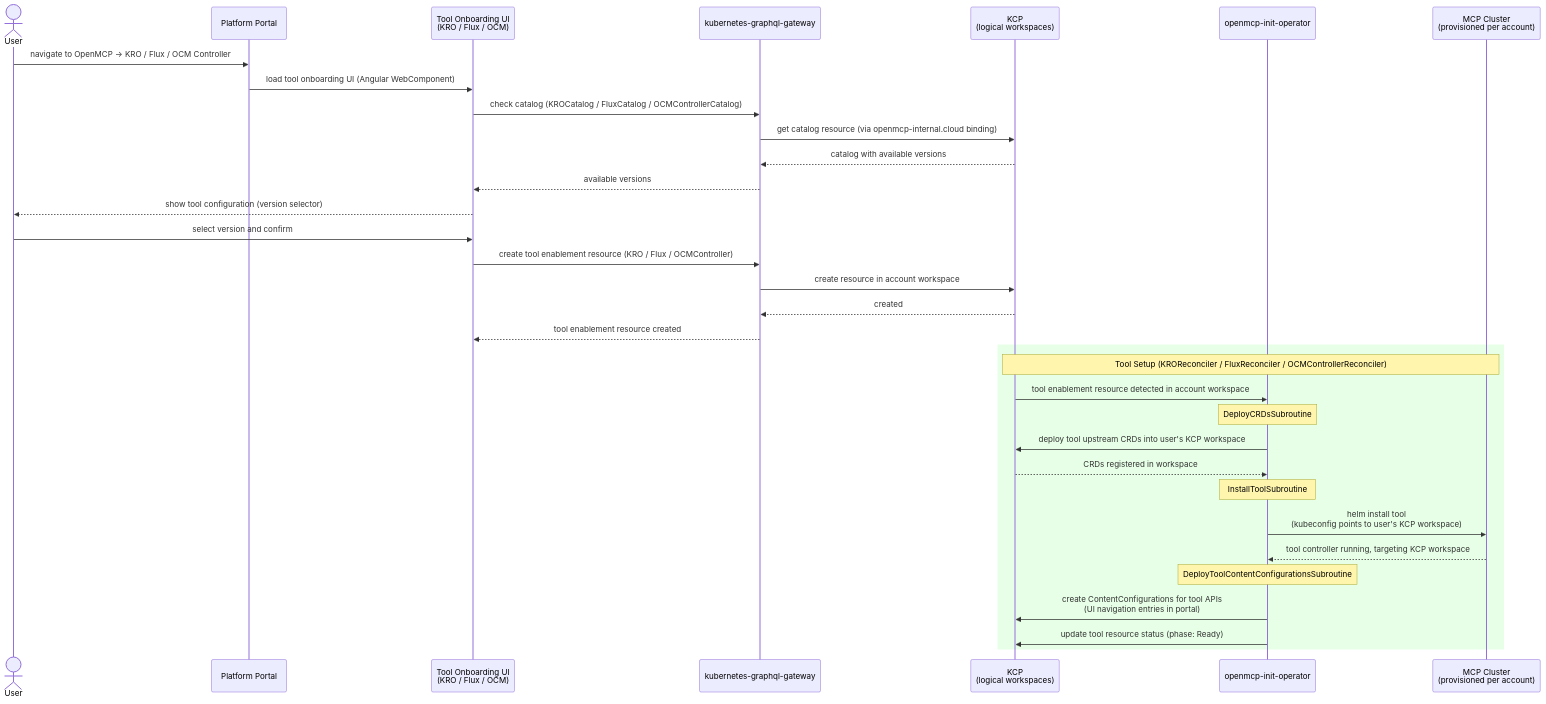
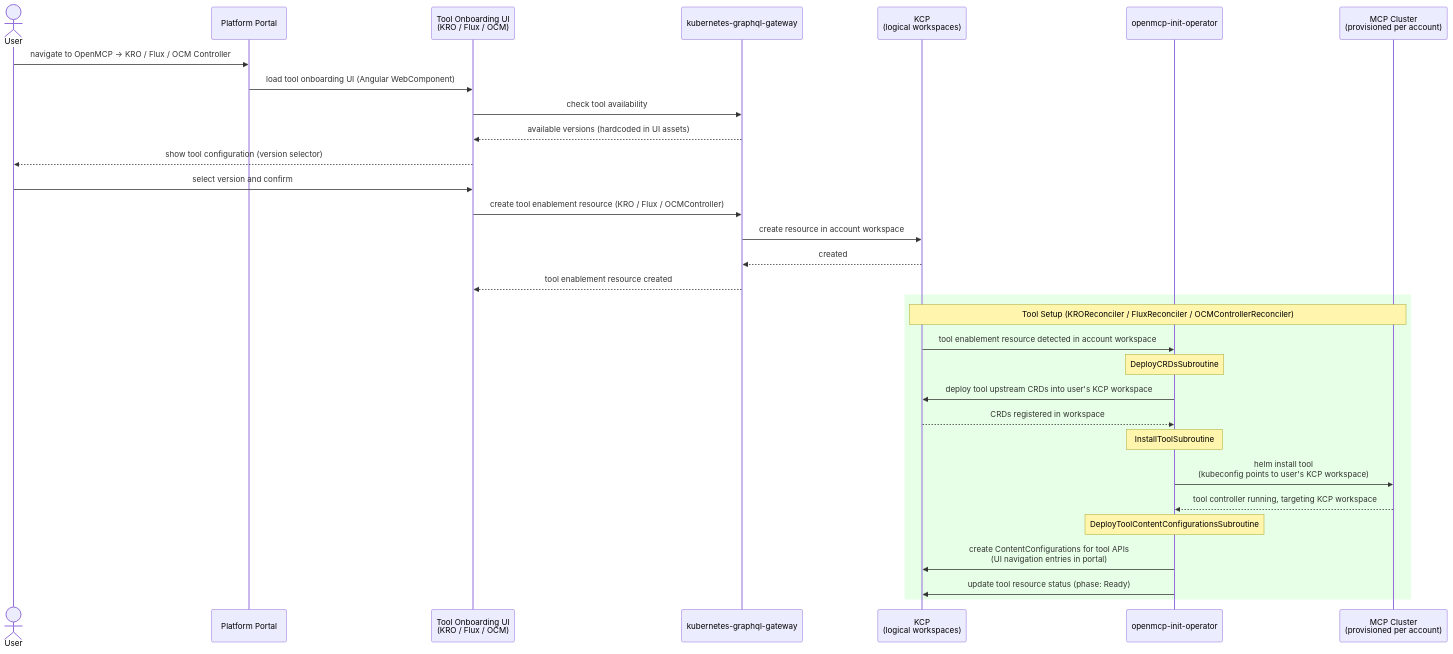
Before and after one commit to openmcp-project/local-event-showcase: the fourth of 4 diagrams in concept.md, drawn with Mermaid. The commit also changed other lines of this file and 34 other files, not shown here.

First line of the commit message:
refactor: remove catalog types, CachedResource, and internal APIExport (#11)

````diff
--- a/concept.md
+++ b/concept.md
@@ -205,42 +205,40 @@
 ```mermaid
 sequenceDiagram
     actor User as User
     participant Portal as Platform Portal
     participant UI as Tool Onboarding UI<br/>(KRO / Flux / OCM)
     participant GQL as kubernetes-graphql-gateway
     participant KCP as KCP<br/>(logical workspaces)
     participant Operator as openmcp-init-operator
     participant MCP as MCP Cluster<br/>(provisioned per account)
 
     User->>Portal: navigate to OpenMCP → KRO / Flux / OCM Controller
     Portal->>UI: load tool onboarding UI (Angular WebComponent)
-    UI->>GQL: check catalog (KROCatalog / FluxCatalog / OCMControllerCatalog)
-    GQL->>KCP: get catalog resource (via openmcp-internal.cloud binding)
-    KCP-->>GQL: catalog with available versions
-    GQL-->>UI: available versions
+    UI->>GQL: check tool availability
+    GQL-->>UI: available versions (hardcoded in UI assets)
 
     UI-->>User: show tool configuration (version selector)
     User->>UI: select version and confirm
     UI->>GQL: create tool enablement resource (KRO / Flux / OCMController)
     GQL->>KCP: create resource in account workspace
     KCP-->>GQL: created
     GQL-->>UI: tool enablement resource created
 
     rect rgb(230, 255, 230)
         Note over KCP,MCP: Tool Setup (KROReconciler / FluxReconciler / OCMControllerReconciler)
 
         KCP->>Operator: tool enablement resource detected in account workspace
 
         Note over Operator: DeployCRDsSubroutine
         Operator->>KCP: deploy tool upstream CRDs into user's KCP workspace
         KCP-->>Operator: CRDs registered in workspace
 
         Note over Operator: InstallToolSubroutine
         Operator->>MCP: helm install tool<br/>(kubeconfig points to user's KCP workspace)
         MCP-->>Operator: tool controller running, targeting KCP workspace
 
         Note over Operator: DeployToolContentConfigurationsSubroutine
         Operator->>KCP: create ContentConfigurations for tool APIs<br/>(UI navigation entries in portal)
         Operator->>KCP: update tool resource status (phase: Ready)
     end
 ```
````
